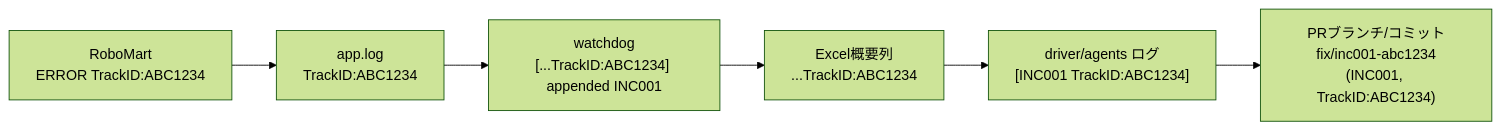
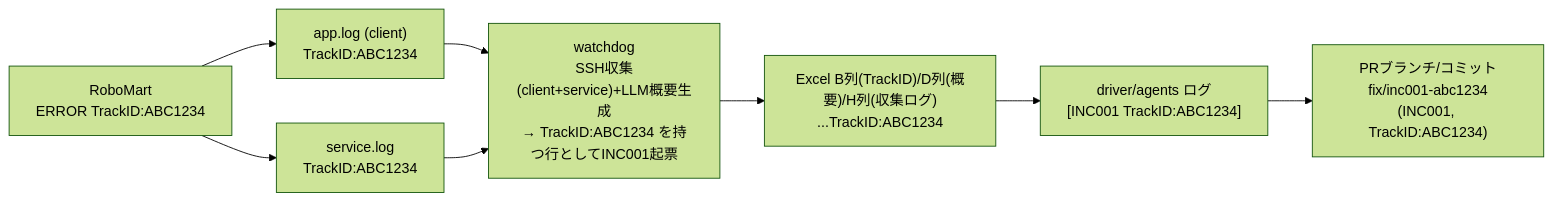
The fourth of 4 diagrams in projects/log_collector/auto-repair-demo/ARCHITECTURE.md (shiftrepo/ai_workshop), drawn with Mermaid (forest theme) before and after one commit. The commit also changed other lines of this file and 3 other files, not shown here.

````diff
--- a/projects/log_collector/auto-repair-demo/ARCHITECTURE.md
+++ b/projects/log_collector/auto-repair-demo/ARCHITECTURE.md
@@ -153,8 +150,10 @@
 ```mermaid
 graph LR
-    A["RoboMart<br/>ERROR TrackID:ABC1234"] --> B["app.log<br/>TrackID:ABC1234"]
-    B --> C["watchdog<br/>[...TrackID:ABC1234] appended INC001"]
-    C --> D["Excel概要列<br/>...TrackID:ABC1234"]
+    A["RoboMart<br/>ERROR TrackID:ABC1234"] --> B1["app.log (client)<br/>TrackID:ABC1234"]
+    A --> B2["service.log<br/>TrackID:ABC1234"]
+    B1 --> C["watchdog<br/>SSH収集(client+service)+LLM概要生成<br/>→ TrackID:ABC1234 を持つ行としてINC001起票"]
+    B2 --> C
+    C --> D["Excel B列(TrackID)/D列(概要)/H列(収集ログ)<br/>...TrackID:ABC1234"]
     D --> E["driver/agents ログ<br/>[INC001 TrackID:ABC1234]"]
     E --> F["PRブランチ/コミット<br/>fix/inc001-abc1234<br/>(INC001, TrackID:ABC1234)"]
 ```
````
